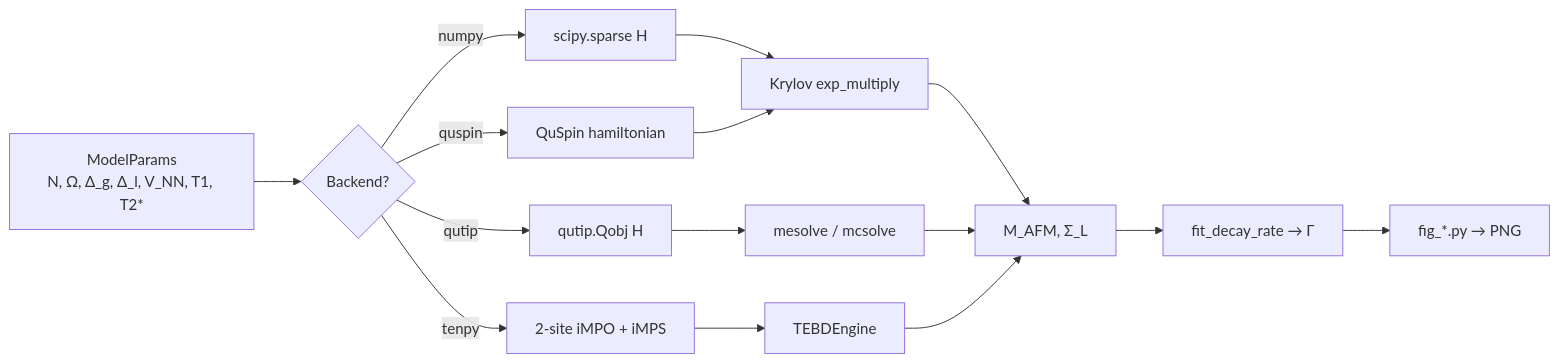
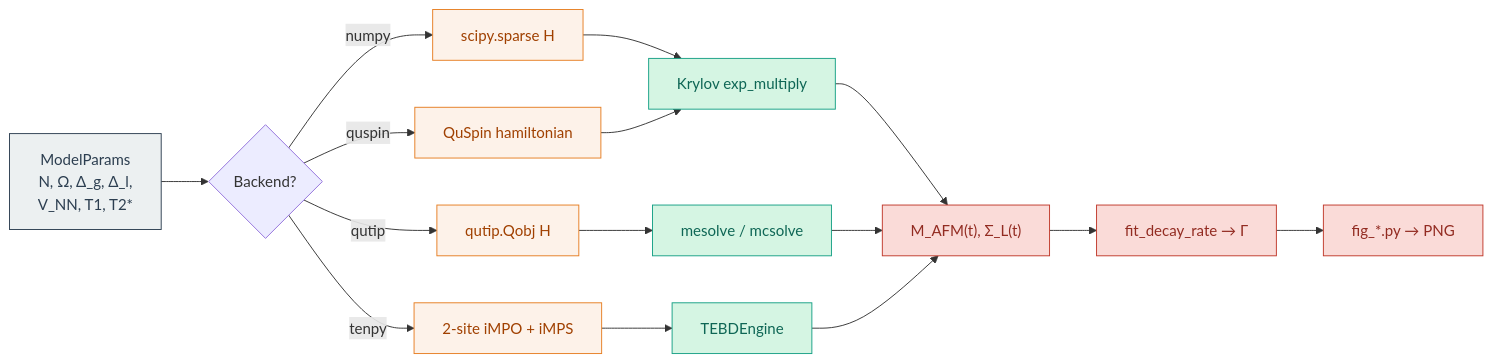
The second of 2 diagrams in README.md (sonoransun/rydbergtrampoline), drawn with Mermaid before and after one commit. The commit also changed other lines of this file and 30 other files, not shown here.

````diff
--- a/README.md
+++ b/README.md
@@ -166,17 +167,24 @@
 ```mermaid
 flowchart LR
-    P["ModelParams<br/>N, Ω, Δ_g, Δ_l, V_NN, T1, T2*"] --> S{Backend?}
-    S -->|numpy| H1[scipy.sparse H]
-    S -->|qutip| H2[qutip.Qobj H]
-    S -->|quspin| H3[QuSpin hamiltonian]
-    S -->|tenpy| H4[2-site iMPO + iMPS]
-    H1 --> E[Krylov exp_multiply]
-    H2 --> M[mesolve / mcsolve]
+    classDef input fill:#ecf0f1,stroke:#2c3e50,color:#2c3e50;
+    classDef ham fill:#fdf2e9,stroke:#e67e22,color:#a04000;
+    classDef solver fill:#d5f5e3,stroke:#16a085,color:#0e6655;
+    classDef obs fill:#fadbd8,stroke:#c0392b,color:#922b21;
+
+    P["ModelParams<br/>N, Ω, Δ_g, Δ_l,<br/>V_NN, T1, T2*"]:::input --> S{Backend?}
+    S -->|numpy| H1[scipy.sparse H]:::ham
+    S -->|qutip| H2[qutip.Qobj H]:::ham
+    S -->|quspin| H3[QuSpin hamiltonian]:::ham
+    S -->|tenpy| H4[2-site iMPO + iMPS]:::ham
+
+    H1 --> E[Krylov exp_multiply]:::solver
     H3 --> E
-    H4 --> T[TEBDEngine]
-    E --> O["M_AFM, Σ_L"]
+    H2 --> M[mesolve / mcsolve]:::solver
+    H4 --> T[TEBDEngine]:::solver
+
+    E --> O["M_AFM(t), Σ_L(t)"]:::obs
     M --> O
     T --> O
-    O --> A[fit_decay_rate → Γ]
-    A --> F[fig_*.py → PNG]
+    O --> A[fit_decay_rate → Γ]:::obs
+    A --> F[fig_*.py → PNG]:::obs
 ```
````
